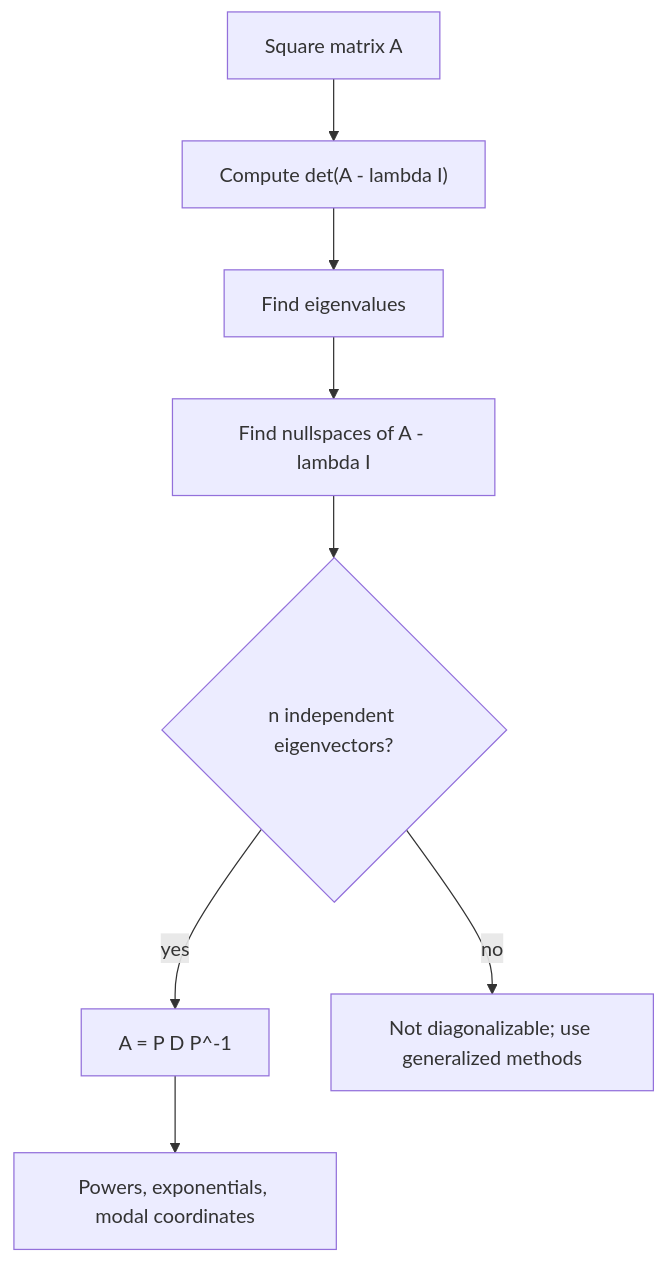
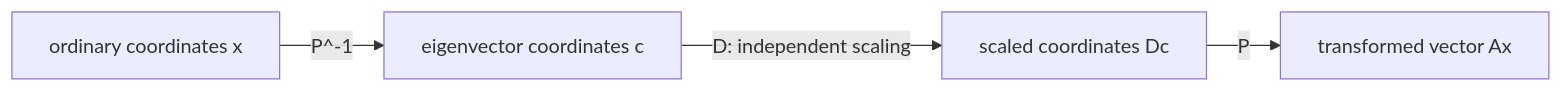
One commit to justinbrianhwang/SJ-wiki changed the diagram in docs/math/engineering-math/eigenvalues-and-diagonalization.md. Above: the diagram before and after it, drawn with Mermaid. The commit also changed other lines of this file and 955 other files, not shown here.

````diff
--- a/docs/math/engineering-math/eigenvalues-and-diagonalization.md
+++ b/docs/math/engineering-math/eigenvalues-and-diagonalization.md
@@ -111,10 +92,6 @@
 ```mermaid
-flowchart TD
-  A[Square matrix A] --> B["Compute det(A - lambda I)"]
-  B --> C[Find eigenvalues]
-  C --> D[Find nullspaces of A - lambda I]
-  D --> E{"n independent eigenvectors?"}
-  E -->|yes| F["A = P D P^-1"]
-  E -->|no| G["Not diagonalizable; use generalized methods"]
-  F --> H["Powers, exponentials, modal coordinates"]
+flowchart LR
+  X["ordinary coordinates x"] -->|"P^-1"| C["eigenvector coordinates c"]
+  C -->|"D: independent scaling"| DC["scaled coordinates Dc"]
+  DC -->|P| AX["transformed vector Ax"]
 ```
````
